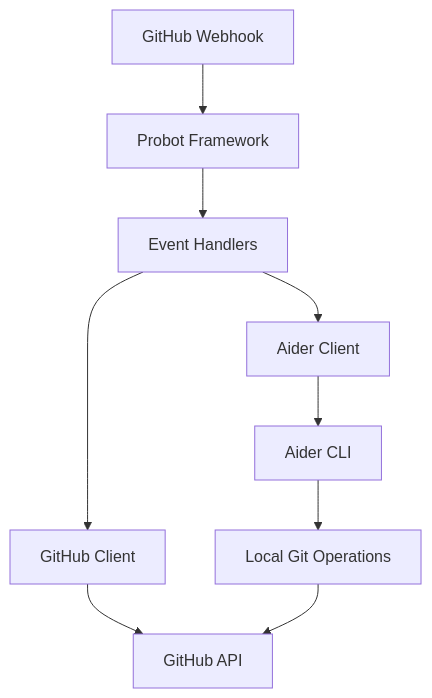
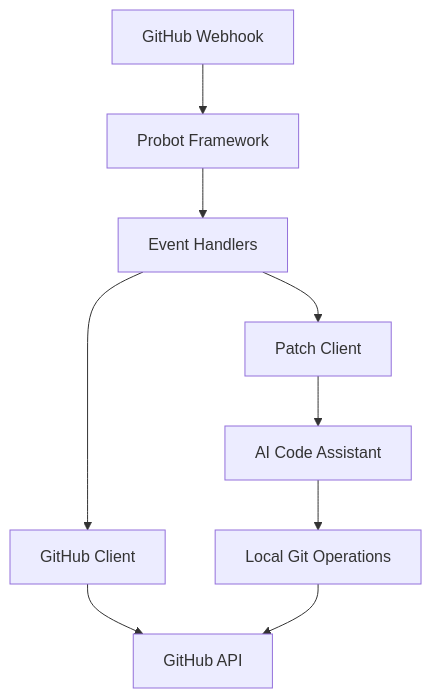
Before and after one commit to stevengonsalvez/patchmycode: the diagram in memory-bank/systemPatterns.md, drawn with Mermaid. The commit also changed other lines of this file and 6 other files, not shown here.

````diff
--- a/memory-bank/systemPatterns.md
+++ b/memory-bank/systemPatterns.md
@@ -7,11 +7,11 @@
 ```mermaid
 flowchart TD
     Webhook[GitHub Webhook] --> Probot[Probot Framework]
     Probot --> EventHandlers[Event Handlers]
     EventHandlers --> GitHubClient[GitHub Client]
-    EventHandlers --> AiderClient[Aider Client]
+    EventHandlers --> PatchClient[Patch Client]
     GitHubClient --> GitHubAPI[GitHub API]
-    AiderClient --> AiderCLI[Aider CLI]
-    AiderCLI --> LocalGit[Local Git Operations]
+    PatchClient --> AIEngine[AI Code Assistant]
+    AIEngine --> LocalGit[Local Git Operations]
     LocalGit --> GitHubAPI
 ```
````
